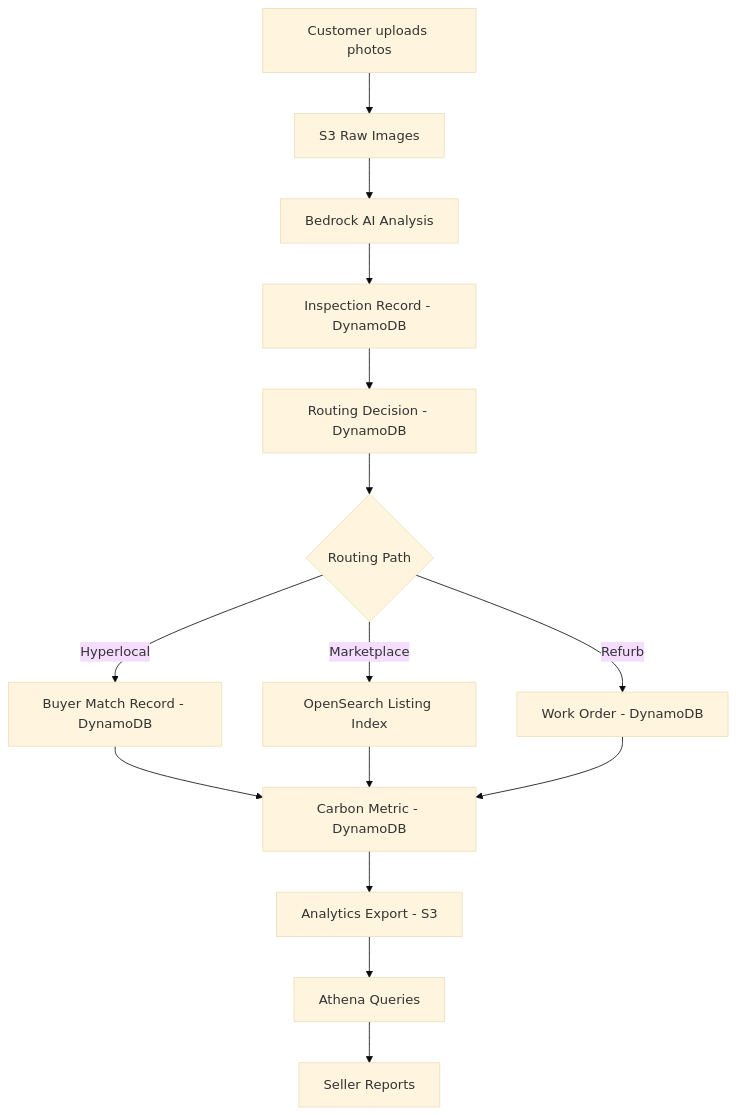
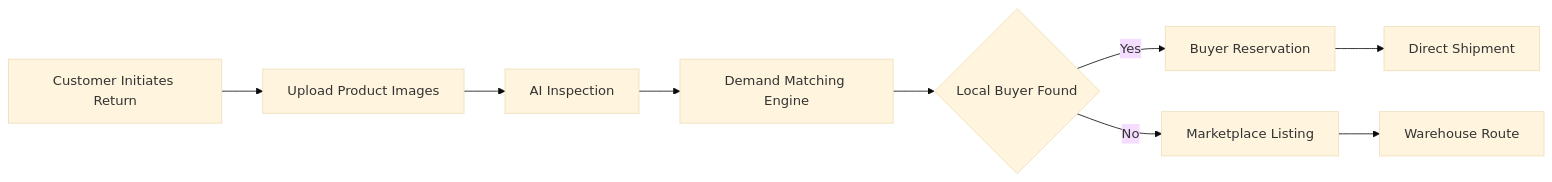
One commit to kavyarathod05/CircularCommerce changed the fifth of 9 diagrams in docs/02_architecture_and_design/01_aws_architecture.md. Above: the diagram before and after it, drawn with Mermaid (base theme). The commit also changed other lines of this file and 6 other files, not shown here.

````diff
--- a/docs/02_architecture_and_design/01_aws_architecture.md
+++ b/docs/02_architecture_and_design/01_aws_architecture.md
@@ -259,17 +197,34 @@
 ```mermaid
-graph TD
-    A[Customer uploads photos] --> B[S3 Raw Images]
-    B --> C[Bedrock AI Analysis]
-    C --> D[Inspection Record - DynamoDB]
-    D --> E[Routing Decision - DynamoDB]
-    E --> F{Routing Path}
-    F -->|Hyperlocal| G[Buyer Match Record - DynamoDB]
-    F -->|Marketplace| H[OpenSearch Listing Index]
-    F -->|Refurb| I[Work Order - DynamoDB]
-    G --> J[Carbon Metric - DynamoDB]
-    H --> J
-    I --> J
-    J --> K[Analytics Export - S3]
-    K --> L[Athena Queries]
-    L --> M[Seller Reports]
+flowchart LR
+
+    A[Customer Initiates Return]
+
+    B[Upload Product Images]
+
+    C[AI Inspection]
+
+    D[Demand Matching Engine]
+
+    E{Local Buyer Found}
+
+    F[Buyer Reservation]
+
+    G[Direct Shipment]
+
+    H[Marketplace Listing]
+
+    I[Warehouse Route]
+
+    A --> B
+    B --> C
+    C --> D
+
+    D --> E
+
+    E -->|Yes| F
+    E -->|No| H
+
+    F --> G
+
+    H --> I
 ```
````
